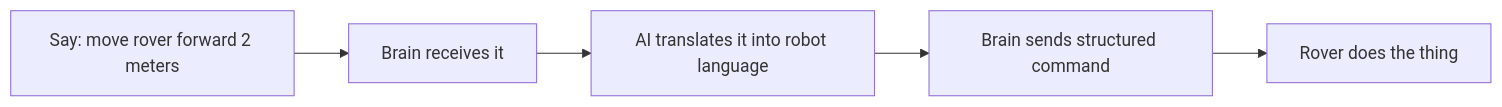
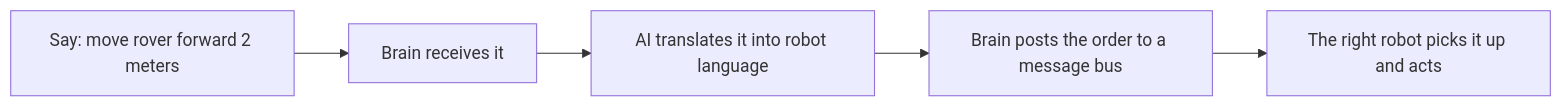
The second of 3 diagrams in OVERVIEW.md (siddhesh1008/robotics-master), drawn with Mermaid before and after one commit. The commit also changed other lines of this file and 6 other files, not shown here.

````diff
--- a/OVERVIEW.md
+++ b/OVERVIEW.md
@@ -31,10 +33,10 @@
 ```mermaid
 flowchart LR
     A[Say: move rover forward 2 meters]
     B[Brain receives it]
     C[AI translates it into robot language]
-    D[Brain sends structured command]
-    E[Rover does the thing]
+    D[Brain posts the order to a message bus]
+    E[The right robot picks it up and acts]
 
     A --> B --> C --> D --> E
 ```
````
